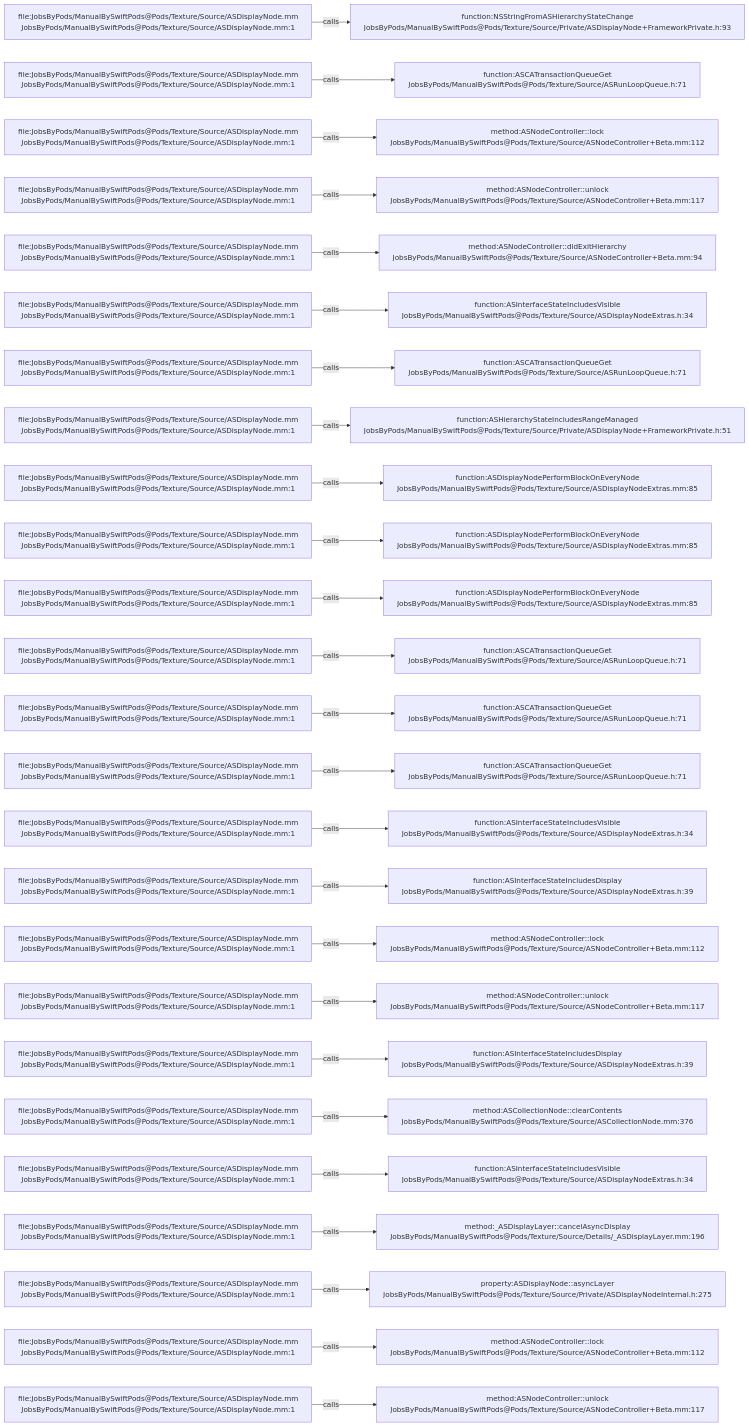
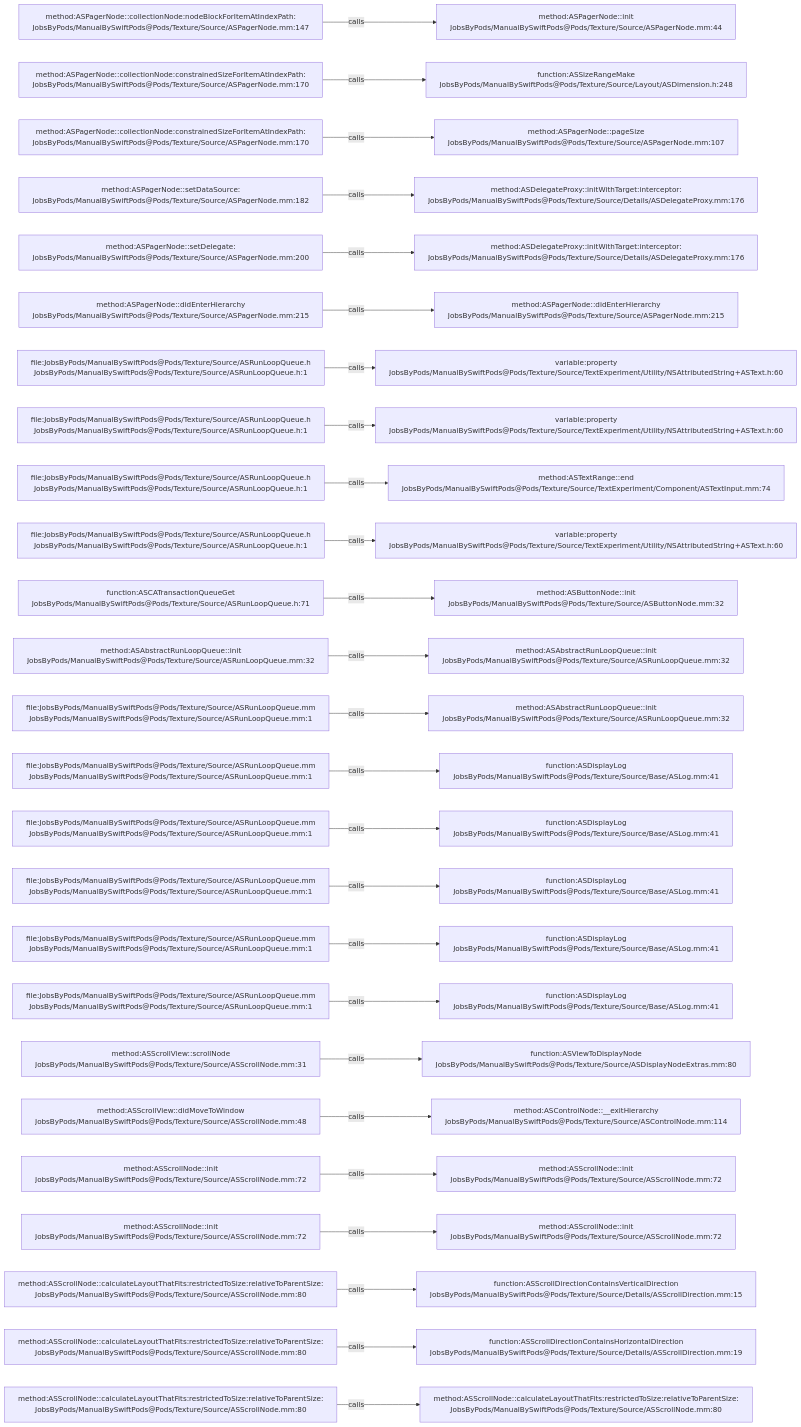
Before and after one commit to JobsKits/JobsSwiftBaseConfigDemo: the diagram in .codegraph/codegraph.md/graphs/calls-053.md, drawn with Mermaid. The commit also changed 832 other files, not shown here.

````diff
--- a/.codegraph/codegraph.md/graphs/calls-053.md
+++ b/.codegraph/codegraph.md/graphs/calls-053.md
@@ -13,78 +13,78 @@
 ```mermaid
 flowchart LR
-  S1["file:JobsByPods/ManualBySwiftPods@Pods/Texture/Source/ASDisplayNode.mm<br/>JobsByPods/ManualBySwiftPods@Pods/Texture/Source/ASDisplayNode.mm:1"]
-  T1["function:NSStringFromASHierarchyStateChange<br/>JobsByPods/ManualBySwiftPods@Pods/Texture/Source/Private/ASDisplayNode+FrameworkPrivate.h:93"]
+  S1["method:ASPagerNode::collectionNode:nodeBlockForItemAtIndexPath:<br/>JobsByPods/ManualBySwiftPods@Pods/Texture/Source/ASPagerNode.mm:147"]
+  T1["method:ASPagerNode::init<br/>JobsByPods/ManualBySwiftPods@Pods/Texture/Source/ASPagerNode.mm:44"]
   S1 -->|calls| T1
-  S2["file:JobsByPods/ManualBySwiftPods@Pods/Texture/Source/ASDisplayNode.mm<br/>JobsByPods/ManualBySwiftPods@Pods/Texture/Source/ASDisplayNode.mm:1"]
-  T2["function:ASCATransactionQueueGet<br/>JobsByPods/ManualBySwiftPods@Pods/Texture/Source/ASRunLoopQueue.h:71"]
+  S2["method:ASPagerNode::collectionNode:constrainedSizeForItemAtIndexPath:<br/>JobsByPods/ManualBySwiftPods@Pods/Texture/Source/ASPagerNode.mm:170"]
+  T2["function:ASSizeRangeMake<br/>JobsByPods/ManualBySwiftPods@Pods/Texture/Source/Layout/ASDimension.h:248"]
   S2 -->|calls| T2
-  S3["file:JobsByPods/ManualBySwiftPods@Pods/Texture/Source/ASDisplayNode.mm<br/>JobsByPods/ManualBySwiftPods@Pods/Texture/Source/ASDisplayNode.mm:1"]
-  T3["method:ASNodeController::lock<br/>JobsByPods/ManualBySwiftPods@Pods/Texture/Source/ASNodeController+Beta.mm:112"]
+  S3["method:ASPagerNode::collectionNode:constrainedSizeForItemAtIndexPath:<br/>JobsByPods/ManualBySwiftPods@Pods/Texture/Source/ASPagerNode.mm:170"]
+  T3["method:ASPagerNode::pageSize<br/>JobsByPods/ManualBySwiftPods@Pods/Texture/Source/ASPagerNode.mm:107"]
   S3 -->|calls| T3
-  S4["file:JobsByPods/ManualBySwiftPods@Pods/Texture/Source/ASDisplayNode.mm<br/>JobsByPods/ManualBySwiftPods@Pods/Texture/Source/ASDisplayNode.mm:1"]
-  T4["method:ASNodeController::unlock<br/>JobsByPods/ManualBySwiftPods@Pods/Texture/Source/ASNodeController+Beta.mm:117"]
+  S4["method:ASPagerNode::setDataSource:<br/>JobsByPods/ManualBySwiftPods@Pods/Texture/Source/ASPagerNode.mm:182"]
+  T4["method:ASDelegateProxy::initWithTarget:interceptor:<br/>JobsByPods/ManualBySwiftPods@Pods/Texture/Source/Details/ASDelegateProxy.mm:176"]
   S4 -->|calls| T4
-  S5["file:JobsByPods/ManualBySwiftPods@Pods/Texture/Source/ASDisplayNode.mm<br/>JobsByPods/ManualBySwiftPods@Pods/Texture/Source/ASDisplayNode.mm:1"]
-  T5["method:ASNodeController::didExitHierarchy<br/>JobsByPods/ManualBySwiftPods@Pods/Texture/Source/ASNodeController+Beta.mm:94"]
+  S5["method:ASPagerNode::setDelegate:<br/>JobsByPods/ManualBySwiftPods@Pods/Texture/Source/ASPagerNode.mm:200"]
+  T5["method:ASDelegateProxy::initWithTarget:interceptor:<br/>JobsByPods/ManualBySwiftPods@Pods/Texture/Source/Details/ASDelegateProxy.mm:176"]
   S5 -->|calls| T5
-  S6["file:JobsByPods/ManualBySwiftPods@Pods/Texture/Source/ASDisplayNode.mm<br/>JobsByPods/ManualBySwiftPods@Pods/Texture/Source/ASDisplayNode.mm:1"]
-  T6["function:ASInterfaceStateIncludesVisible<br/>JobsByPods/ManualBySwiftPods@Pods/Texture/Source/ASDisplayNodeExtras.h:34"]
+  S6["method:ASPagerNode::didEnterHierarchy<br/>JobsByPods/ManualBySwiftPods@Pods/Texture/Source/ASPagerNode.mm:215"]
+  T6["method:ASPagerNode::didEnterHierarchy<br/>JobsByPods/ManualBySwiftPods@Pods/Texture/Source/ASPagerNode.mm:215"]
   S6 -->|calls| T6
-  S7["file:JobsByPods/ManualBySwiftPods@Pods/Texture/Source/ASDisplayNode.mm<br/>JobsByPods/ManualBySwiftPods@Pods/Texture/Source/ASDisplayNode.mm:1"]
-  T7["function:ASCATransactionQueueGet<br/>JobsByPods/ManualBySwiftPods@Pods/Texture/Source/ASRunLoopQueue.h:71"]
+  S7["file:JobsByPods/ManualBySwiftPods@Pods/Texture/Source/ASRunLoopQueue.h<br/>JobsByPods/ManualBySwiftPods@Pods/Texture/Source/ASRunLoopQueue.h:1"]
+  T7["variable:property<br/>JobsByPods/ManualBySwiftPods@Pods/Texture/Source/TextExperiment/Utility/NSAttributedString+ASText.h:60"]
   S7 -->|calls| T7
-  S8["file:JobsByPods/ManualBySwiftPods@Pods/Texture/Source/ASDisplayNode.mm<br/>JobsByPods/ManualBySwiftPods@Pods/Texture/Source/ASDisplayNode.mm:1"]
-  T8["function:ASHierarchyStateIncludesRangeManaged<br/>JobsByPods/ManualBySwiftPods@Pods/Texture/Source/Private/ASDisplayNode+FrameworkPrivate.h:51"]
+  S8["file:JobsByPods/ManualBySwiftPods@Pods/Texture/Source/ASRunLoopQueue.h<br/>JobsByPods/ManualBySwiftPods@Pods/Texture/Source/ASRunLoopQueue.h:1"]
+  T8["variable:property<br/>JobsByPods/ManualBySwiftPods@Pods/Texture/Source/TextExperiment/Utility/NSAttributedString+ASText.h:60"]
   S8 -->|calls| T8
-  S9["file:JobsByPods/ManualBySwiftPods@Pods/Texture/Source/ASDisplayNode.mm<br/>JobsByPods/ManualBySwiftPods@Pods/Texture/Source/ASDisplayNode.mm:1"]
-  T9["function:ASDisplayNodePerformBlockOnEveryNode<br/>JobsByPods/ManualBySwiftPods@Pods/Texture/Source/ASDisplayNodeExtras.mm:85"]
+  S9["file:JobsByPods/ManualBySwiftPods@Pods/Texture/Source/ASRunLoopQueue.h<br/>JobsByPods/ManualBySwiftPods@Pods/Texture/Source/ASRunLoopQueue.h:1"]
+  T9["method:ASTextRange::end<br/>JobsByPods/ManualBySwiftPods@Pods/Texture/Source/TextExperiment/Component/ASTextInput.mm:74"]
   S9 -->|calls| T9
-  S10["file:JobsByPods/ManualBySwiftPods@Pods/Texture/Source/ASDisplayNode.mm<br/>JobsByPods/ManualBySwiftPods@Pods/Texture/Source/ASDisplayNode.mm:1"]
-  T10["function:ASDisplayNodePerformBlockOnEveryNode<br/>JobsByPods/ManualBySwiftPods@Pods/Texture/Source/ASDisplayNodeExtras.mm:85"]
+  S10["file:JobsByPods/ManualBySwiftPods@Pods/Texture/Source/ASRunLoopQueue.h<br/>JobsByPods/ManualBySwiftPods@Pods/Texture/Source/ASRunLoopQueue.h:1"]
+  T10["variable:property<br/>JobsByPods/ManualBySwiftPods@Pods/Texture/Source/TextExperiment/Utility/NSAttributedString+ASText.h:60"]
   S10 -->|calls| T10
-  S11["file:JobsByPods/ManualBySwiftPods@Pods/Texture/Source/ASDisplayNode.mm<br/>JobsByPods/ManualBySwiftPods@Pods/Texture/Source/ASDisplayNode.mm:1"]
-  T11["function:ASDisplayNodePerformBlockOnEveryNode<br/>JobsByPods/ManualBySwiftPods@Pods/Texture/Source/ASDisplayNodeExtras.mm:85"]
+  S11["function:ASCATransactionQueueGet<br/>JobsByPods/ManualBySwiftPods@Pods/Texture/Source/ASRunLoopQueue.h:71"]
+  T11["method:ASButtonNode::init<br/>JobsByPods/ManualBySwiftPods@Pods/Texture/Source/ASButtonNode.mm:32"]
   S11 -->|calls| T11
-  S12["file:JobsByPods/ManualBySwiftPods@Pods/Texture/Source/ASDisplayNode.mm<br/>JobsByPods/ManualBySwiftPods@Pods/Texture/Source/ASDisplayNode.mm:1"]
-  T12["function:ASCATransactionQueueGet<br/>JobsByPods/ManualBySwiftPods@Pods/Texture/Source/ASRunLoopQueue.h:71"]
+  S12["method:ASAbstractRunLoopQueue::init<br/>JobsByPods/ManualBySwiftPods@Pods/Texture/Source/ASRunLoopQueue.mm:32"]
+  T12["method:ASAbstractRunLoopQueue::init<br/>JobsByPods/ManualBySwiftPods@Pods/Texture/Source/ASRunLoopQueue.mm:32"]
   S12 -->|calls| T12
-  S13["file:JobsByPods/ManualBySwiftPods@Pods/Texture/Source/ASDisplayNode.mm<br/>JobsByPods/ManualBySwiftPods@Pods/Texture/Source/ASDisplayNode.mm:1"]
-  T13["function:ASCATransactionQueueGet<br/>JobsByPods/ManualBySwiftPods@Pods/Texture/Source/ASRunLoopQueue.h:71"]
+  S13["file:JobsByPods/ManualBySwiftPods@Pods/Texture/Source/ASRunLoopQueue.mm<br/>JobsByPods/ManualBySwiftPods@Pods/Texture/Source/ASRunLoopQueue.mm:1"]
+  T13["method:ASAbstractRunLoopQueue::init<br/>JobsByPods/ManualBySwiftPods@Pods/Texture/Source/ASRunLoopQueue.mm:32"]
   S13 -->|calls| T13
-  S14["file:JobsByPods/ManualBySwiftPods@Pods/Texture/Source/ASDisplayNode.mm<br/>JobsByPods/ManualBySwiftPods@Pods/Texture/Source/ASDisplayNode.mm:1"]
-  T14["function:ASCATransactionQueueGet<br/>JobsByPods/ManualBySwiftPods@Pods/Texture/Source/ASRunLoopQueue.h:71"]
+  S14["file:JobsByPods/ManualBySwiftPods@Pods/Texture/Source/ASRunLoopQueue.mm<br/>JobsByPods/ManualBySwiftPods@Pods/Texture/Source/ASRunLoopQueue.mm:1"]
+  T14["function:ASDisplayLog<br/>JobsByPods/ManualBySwiftPods@Pods/Texture/Source/Base/ASLog.mm:41"]
   S14 -->|calls| T14
-  S15["file:JobsByPods/ManualBySwiftPods@Pods/Texture/Source/ASDisplayNode.mm<br/>JobsByPods/ManualBySwiftPods@Pods/Texture/Source/ASDisplayNode.mm:1"]
-  T15["function:ASInterfaceStateIncludesVisible<br/>JobsByPods/ManualBySwiftPods@Pods/Texture/Source/ASDisplayNodeExtras.h:34"]
+  S15["file:JobsByPods/ManualBySwiftPods@Pods/Texture/Source/ASRunLoopQueue.mm<br/>JobsByPods/ManualBySwiftPods@Pods/Texture/Source/ASRunLoopQueue.mm:1"]
+  T15["function:ASDisplayLog<br/>JobsByPods/ManualBySwiftPods@Pods/Texture/Source/Base/ASLog.mm:41"]
   S15 -->|calls| T15
-  S16["file:JobsByPods/ManualBySwiftPods@Pods/Texture/Source/ASDisplayNode.mm<br/>JobsByPods/ManualBySwiftPods@Pods/Texture/Source/ASDisplayNode.mm:1"]
-  T16["function:ASInterfaceStateIncludesDisplay<br/>JobsByPods/ManualBySwiftPods@Pods/Texture/Source/ASDisplayNodeExtras.h:39"]
+  S16["file:JobsByPods/ManualBySwiftPods@Pods/Texture/Source/ASRunLoopQueue.mm<br/>JobsByPods/ManualBySwiftPods@Pods/Texture/Source/ASRunLoopQueue.mm:1"]
+  T16["function:ASDisplayLog<br/>JobsByPods/ManualBySwiftPods@Pods/Texture/Source/Base/ASLog.mm:41"]
   S16 -->|calls| T16
-  S17["file:JobsByPods/ManualBySwiftPods@Pods/Texture/Source/ASDisplayNode.mm<br/>JobsByPods/ManualBySwiftPods@Pods/Texture/Source/ASDisplayNode.mm:1"]
-  T17["method:ASNodeController::lock<br/>JobsByPods/ManualBySwiftPods@Pods/Texture/Source/ASNodeController+Beta.mm:112"]
+  S17["file:JobsByPods/ManualBySwiftPods@Pods/Texture/Source/ASRunLoopQueue.mm<br/>JobsByPods/ManualBySwiftPods@Pods/Texture/Source/ASRunLoopQueue.mm:1"]
+  T17["function:ASDisplayLog<br/>JobsByPods/ManualBySwiftPods@Pods/Texture/Source/Base/ASLog.mm:41"]
   S17 -->|calls| T17
-  S18["file:JobsByPods/ManualBySwiftPods@Pods/Texture/Source/ASDisplayNode.mm<br/>JobsByPods/ManualBySwiftPods@Pods/Texture/Source/ASDisplayNode.mm:1"]
-  T18["method:ASNodeController::unlock<br/>JobsByPods/ManualBySwiftPods@Pods/Texture/Source/ASNodeController+Beta.mm:117"]
+  S18["file:JobsByPods/ManualBySwiftPods@Pods/Texture/Source/ASRunLoopQueue.mm<br/>JobsByPods/ManualBySwiftPods@Pods/Texture/Source/ASRunLoopQueue.mm:1"]
+  T18["function:ASDisplayLog<br/>JobsByPods/ManualBySwiftPods@Pods/Texture/Source/Base/ASLog.mm:41"]
   S18 -->|calls| T18
-  S19["file:JobsByPods/ManualBySwiftPods@Pods/Texture/Source/ASDisplayNode.mm<br/>JobsByPods/ManualBySwiftPods@Pods/Texture/Source/ASDisplayNode.mm:1"]
-  T19["function:ASInterfaceStateIncludesDisplay<br/>JobsByPods/ManualBySwiftPods@Pods/Texture/Source/ASDisplayNodeExtras.h:39"]
+  S19["method:ASScrollView::scrollNode<br/>JobsByPods/ManualBySwiftPods@Pods/Texture/Source/ASScrollNode.mm:31"]
+  T19["function:ASViewToDisplayNode<br/>JobsByPods/ManualBySwiftPods@Pods/Texture/Source/ASDisplayNodeExtras.mm:80"]
   S19 -->|calls| T19
-  S20["file:JobsByPods/ManualBySwiftPods@Pods/Texture/Source/ASDisplayNode.mm<br/>JobsByPods/ManualBySwiftPods@Pods/Texture/Source/ASDisplayNode.mm:1"]
-  T20["method:ASCollectionNode::clearContents<br/>JobsByPods/ManualBySwiftPods@Pods/Texture/Source/ASCollectionNode.mm:376"]
+  S20["method:ASScrollView::didMoveToWindow<br/>JobsByPods/ManualBySwiftPods@Pods/Texture/Source/ASScrollNode.mm:48"]
+  T20["method:ASControlNode::__exitHierarchy<br/>JobsByPods/ManualBySwiftPods@Pods/Texture/Source/ASControlNode.mm:114"]
   S20 -->|calls| T20
-  S21["file:JobsByPods/ManualBySwiftPods@Pods/Texture/Source/ASDisplayNode.mm<br/>JobsByPods/ManualBySwiftPods@Pods/Texture/Source/ASDisplayNode.mm:1"]
-  T21["function:ASInterfaceStateIncludesVisible<br/>JobsByPods/ManualBySwiftPods@Pods/Texture/Source/ASDisplayNodeExtras.h:34"]
+  S21["method:ASScrollNode::init<br/>JobsByPods/ManualBySwiftPods@Pods/Texture/Source/ASScrollNode.mm:72"]
+  T21["method:ASScrollNode::init<br/>JobsByPods/ManualBySwiftPods@Pods/Texture/Source/ASScrollNode.mm:72"]
   S21 -->|calls| T21
-  S22["file:JobsByPods/ManualBySwiftPods@Pods/Texture/Source/ASDisplayNode.mm<br/>JobsByPods/ManualBySwiftPods@Pods/Texture/Source/ASDisplayNode.mm:1"]
-  T22["method:_ASDisplayLayer::cancelAsyncDisplay<br/>JobsByPods/ManualBySwiftPods@Pods/Texture/Source/Details/_ASDisplayLayer.mm:196"]
+  S22["method:ASScrollNode::init<br/>JobsByPods/ManualBySwiftPods@Pods/Texture/Source/ASScrollNode.mm:72"]
+  T22["method:ASScrollNode::init<br/>JobsByPods/ManualBySwiftPods@Pods/Texture/Source/ASScrollNode.mm:72"]
   S22 -->|calls| T22
-  S23["file:JobsByPods/ManualBySwiftPods@Pods/Texture/Source/ASDisplayNode.mm<br/>JobsByPods/ManualBySwiftPods@Pods/Texture/Source/ASDisplayNode.mm:1"]
-  T23["property:ASDisplayNode::asyncLayer<br/>JobsByPods/ManualBySwiftPods@Pods/Texture/Source/Private/ASDisplayNodeInternal.h:275"]
+  S23["method:ASScrollNode::calculateLayoutThatFits:restrictedToSize:relativeToParentSize:<br/>JobsByPods/ManualBySwiftPods@Pods/Texture/Source/ASScrollNode.mm:80"]
+  T23["function:ASScrollDirectionContainsVerticalDirection<br/>JobsByPods/ManualBySwiftPods@Pods/Texture/Source/Details/ASScrollDirection.mm:15"]
   S23 -->|calls| T23
-  S24["file:JobsByPods/ManualBySwiftPods@Pods/Texture/Source/ASDisplayNode.mm<br/>JobsByPods/ManualBySwiftPods@Pods/Texture/Source/ASDisplayNode.mm:1"]
-  T24["method:ASNodeController::lock<br/>JobsByPods/ManualBySwiftPods@Pods/Texture/Source/ASNodeController+Beta.mm:112"]
+  S24["method:ASScrollNode::calculateLayoutThatFits:restrictedToSize:relativeToParentSize:<br/>JobsByPods/ManualBySwiftPods@Pods/Texture/Source/ASScrollNode.mm:80"]
+  T24["function:ASScrollDirectionContainsHorizontalDirection<br/>JobsByPods/ManualBySwiftPods@Pods/Texture/Source/Details/ASScrollDirection.mm:19"]
   S24 -->|calls| T24
-  S25["file:JobsByPods/ManualBySwiftPods@Pods/Texture/Source/ASDisplayNode.mm<br/>JobsByPods/ManualBySwiftPods@Pods/Texture/Source/ASDisplayNode.mm:1"]
-  T25["method:ASNodeController::unlock<br/>JobsByPods/ManualBySwiftPods@Pods/Texture/Source/ASNodeController+Beta.mm:117"]
+  S25["method:ASScrollNode::calculateLayoutThatFits:restrictedToSize:relativeToParentSize:<br/>JobsByPods/ManualBySwiftPods@Pods/Texture/Source/ASScrollNode.mm:80"]
+  T25["method:ASScrollNode::calculateLayoutThatFits:restrictedToSize:relativeToParentSize:<br/>JobsByPods/ManualBySwiftPods@Pods/Texture/Source/ASScrollNode.mm:80"]
   S25 -->|calls| T25
 ```
````
